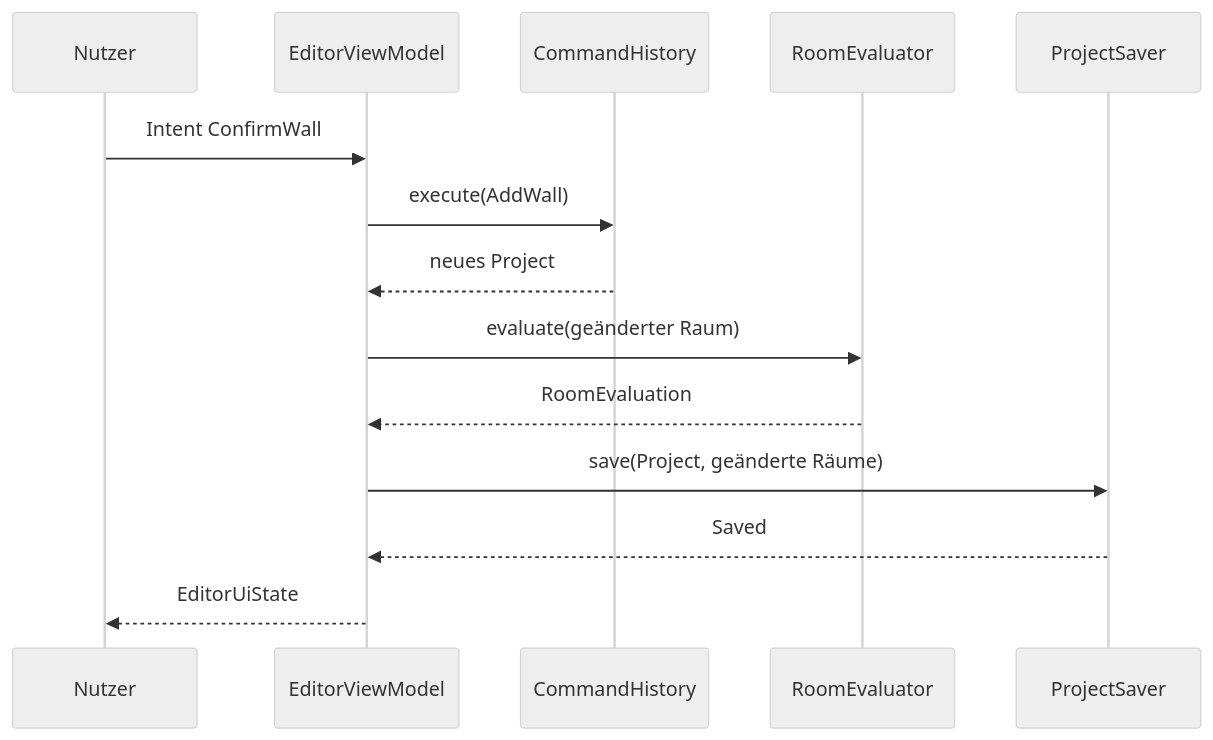
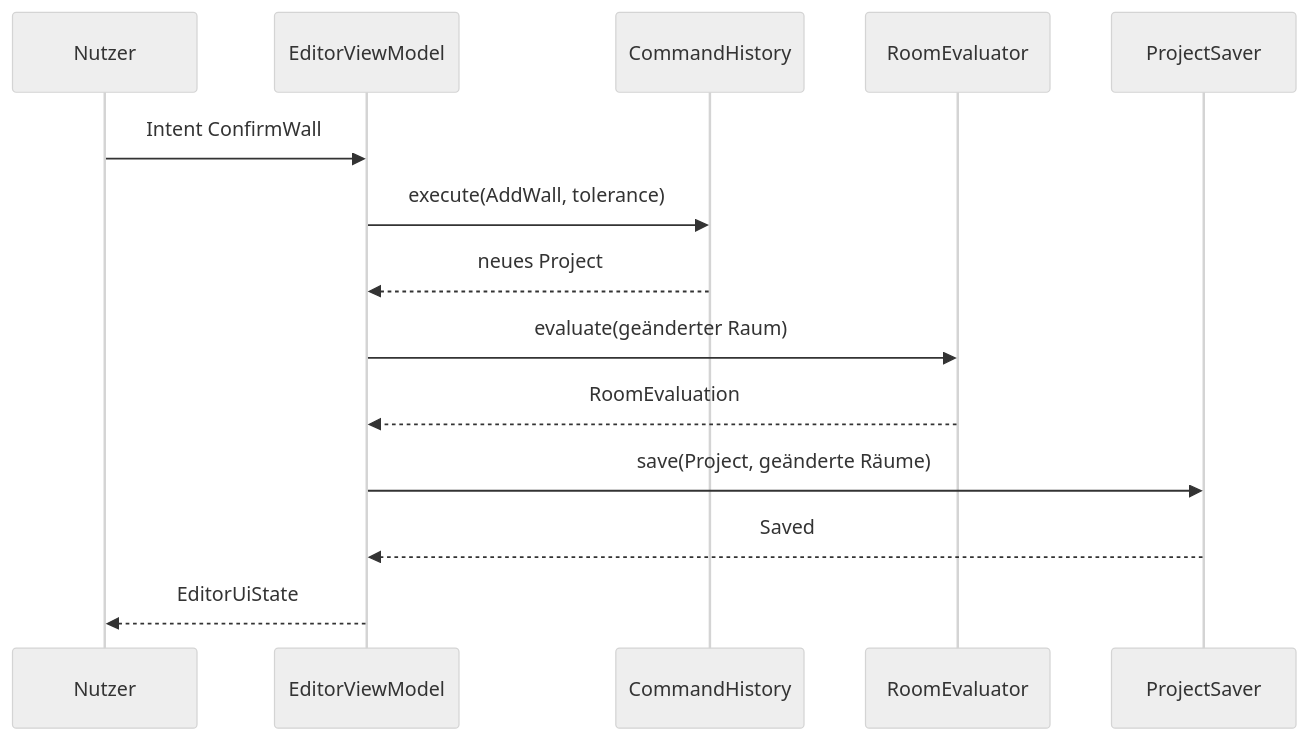
One commit to anton-314/PlanSnap changed the second of 3 diagrams in docs/ARCHITECTURE.md. Above: the diagram before and after it, drawn with Mermaid (neutral theme). The commit also changed 3 other files, not shown here.

````diff
--- a/docs/ARCHITECTURE.md
+++ b/docs/ARCHITECTURE.md
@@ -75,16 +75,16 @@
 ```mermaid
 sequenceDiagram
   participant U as Nutzer
   participant V as EditorViewModel
   participant H as CommandHistory
   participant E as RoomEvaluator
   participant S as ProjectSaver
   U->>V: Intent ConfirmWall
-  V->>H: execute(AddWall)
+  V->>H: execute(AddWall, tolerance)
   H-->>V: neues Project
   V->>E: evaluate(geänderter Raum)
   E-->>V: RoomEvaluation
   V->>S: save(Project, geänderte Räume)
   S-->>V: Saved
   V-->>U: EditorUiState
 ```
````
